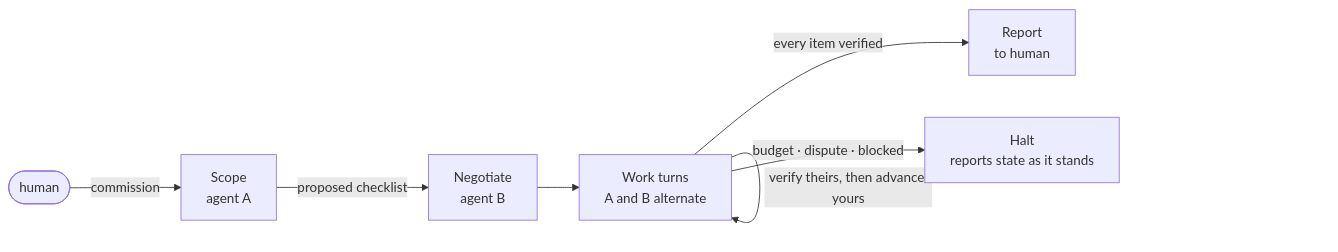
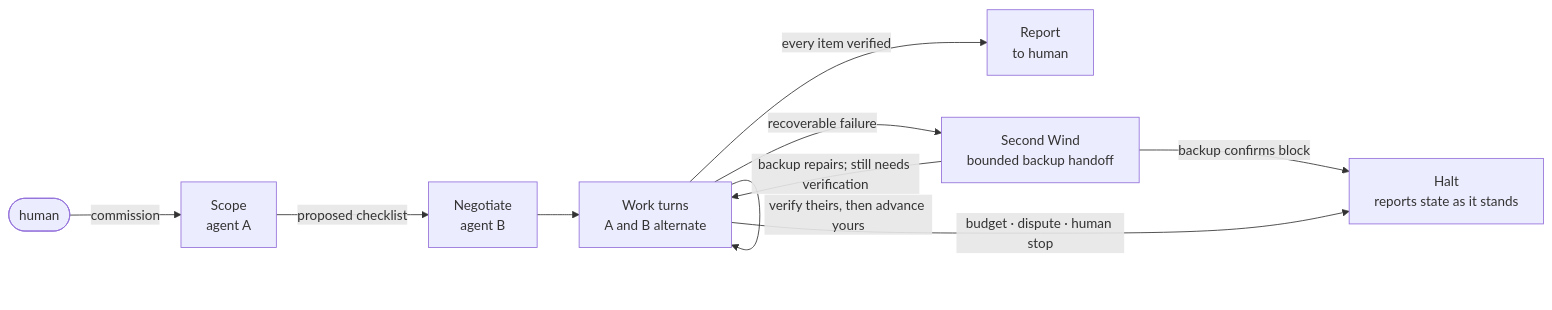
One commit to Agent9AI/rally changed the second of 4 diagrams in docs/DIAGRAMS.md. Above: the diagram before and after it, drawn with Mermaid. The commit also changed other lines of this file and 32 other files, not shown here.

Commit message:
Add bounded Second Wind recovery

````diff
--- a/docs/DIAGRAMS.md
+++ b/docs/DIAGRAMS.md
@@ -29,9 +29,12 @@
 ```mermaid
 flowchart LR
     H([human]) -->|commission| S["Scope<br/>agent A"]
     S -->|proposed checklist| N["Negotiate<br/>agent B"]
     N --> W["Work turns<br/>A and B alternate"]
     W -->|every item verified| R["Report<br/>to human"]
-    W -->|budget · dispute · blocked| X["Halt<br/>reports state as it stands"]
+    W -->|recoverable failure| SW["Second Wind<br/>bounded backup handoff"]
+    SW -->|backup repairs; still needs verification| W
+    SW -->|backup confirms block| X["Halt<br/>reports state as it stands"]
+    W -->|budget · dispute · human stop| X
     W -->|verify theirs, then advance yours| W
 ```
````
